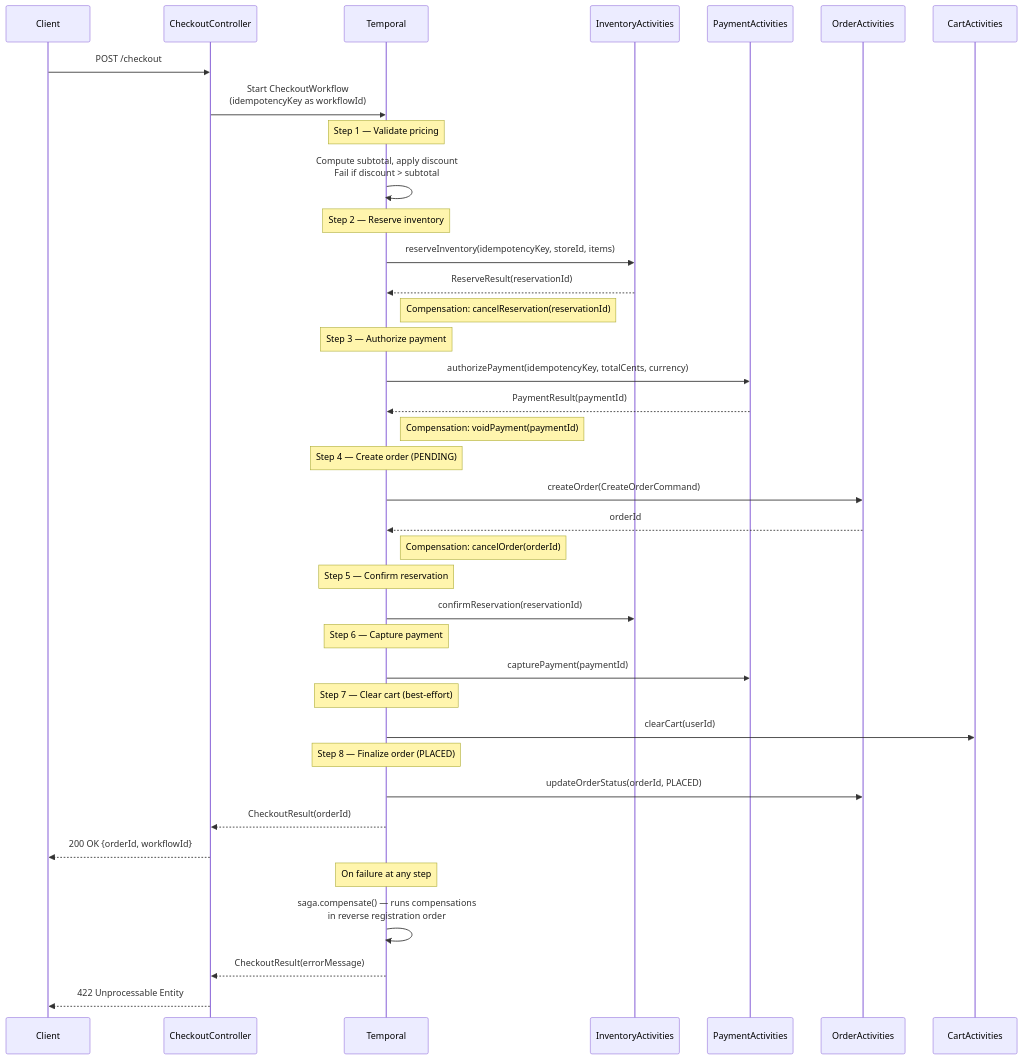
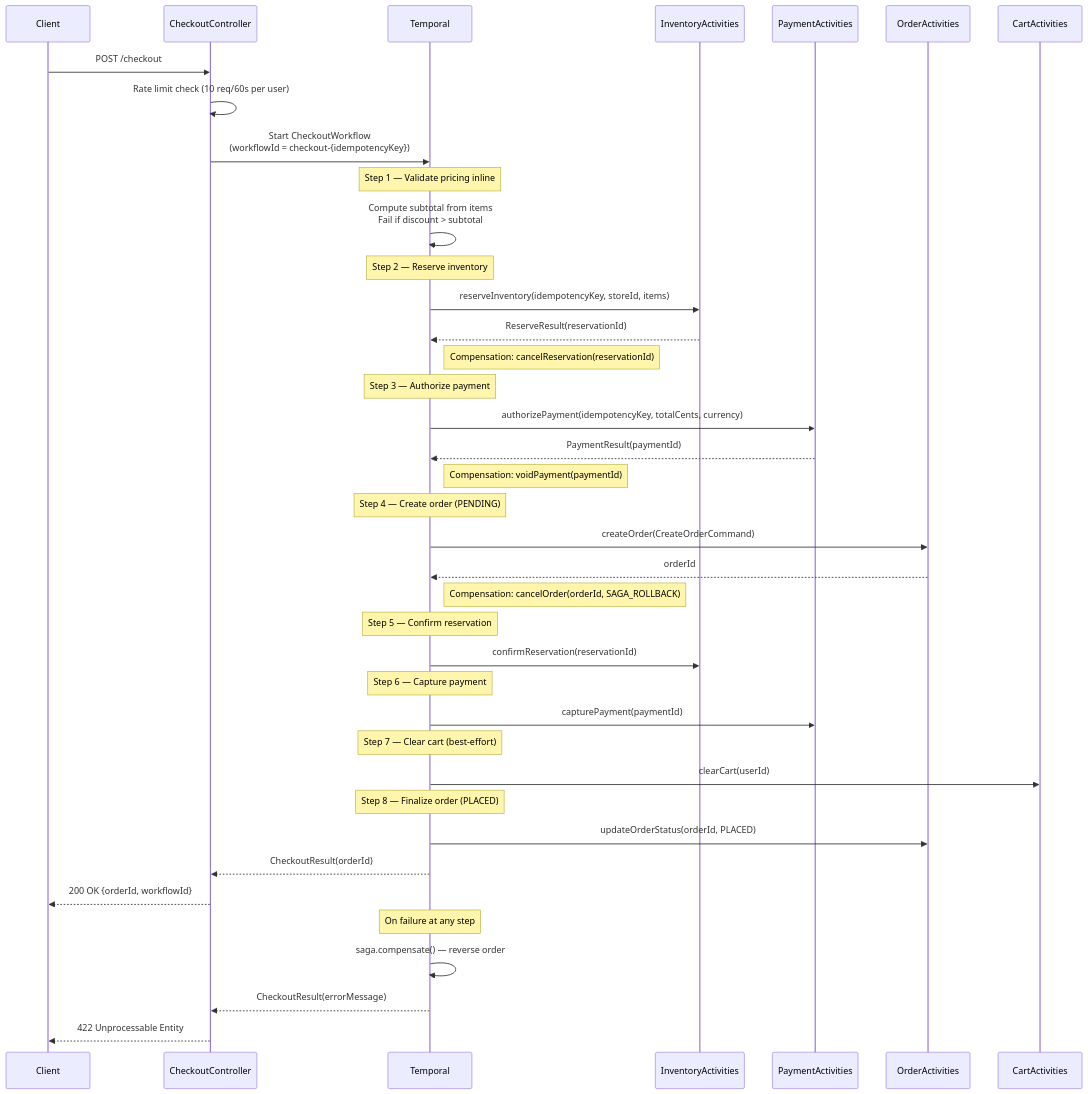
The fifth of 8 diagrams in services/order-service/README.md (sunitakeazycommerz-a11y/InstaCommerce), drawn with Mermaid before and after one commit. The commit also changed other lines of this file and 554 other files, not shown here.

````diff
--- a/services/order-service/README.md
+++ b/services/order-service/README.md
@@ -64,51 +362,52 @@
 ```mermaid
 sequenceDiagram
     participant Client
     participant CheckoutController
     participant Temporal
     participant InventoryActivities
     participant PaymentActivities
     participant OrderActivities
     participant CartActivities
 
     Client->>CheckoutController: POST /checkout
-    CheckoutController->>Temporal: Start CheckoutWorkflow<br/>(idempotencyKey as workflowId)
+    CheckoutController->>CheckoutController: Rate limit check (10 req/60s per user)
+    CheckoutController->>Temporal: Start CheckoutWorkflow<br/>(workflowId = checkout-{idempotencyKey})
 
-    Note over Temporal: Step 1 — Validate pricing
-    Temporal->>Temporal: Compute subtotal, apply discount<br/>Fail if discount > subtotal
+    Note over Temporal: Step 1 — Validate pricing inline
+    Temporal->>Temporal: Compute subtotal from items<br/>Fail if discount > subtotal
 
     Note over Temporal: Step 2 — Reserve inventory
     Temporal->>InventoryActivities: reserveInventory(idempotencyKey, storeId, items)
     InventoryActivities-->>Temporal: ReserveResult(reservationId)
     Note right of Temporal: Compensation: cancelReservation(reservationId)
 
     Note over Temporal: Step 3 — Authorize payment
     Temporal->>PaymentActivities: authorizePayment(idempotencyKey, totalCents, currency)
     PaymentActivities-->>Temporal: PaymentResult(paymentId)
     Note right of Temporal: Compensation: voidPayment(paymentId)
 
     Note over Temporal: Step 4 — Create order (PENDING)
     Temporal->>OrderActivities: createOrder(CreateOrderCommand)
     OrderActivities-->>Temporal: orderId
-    Note right of Temporal: Compensation: cancelOrder(orderId)
+    Note right of Temporal: Compensation: cancelOrder(orderId, SAGA_ROLLBACK)
 
     Note over Temporal: Step 5 — Confirm reservation
     Temporal->>InventoryActivities: confirmReservation(reservationId)
 
     Note over Temporal: Step 6 — Capture payment
     Temporal->>PaymentActivities: capturePayment(paymentId)
 
     Note over Temporal: Step 7 — Clear cart (best-effort)
     Temporal->>CartActivities: clearCart(userId)
 
     Note over Temporal: Step 8 — Finalize order (PLACED)
     Temporal->>OrderActivities: updateOrderStatus(orderId, PLACED)
 
     Temporal-->>CheckoutController: CheckoutResult(orderId)
     CheckoutController-->>Client: 200 OK {orderId, workflowId}
 
     Note over Temporal: On failure at any step
-    Temporal->>Temporal: saga.compensate() — runs compensations<br/>in reverse registration order
+    Temporal->>Temporal: saga.compensate() — reverse order
     Temporal-->>CheckoutController: CheckoutResult(errorMessage)
     CheckoutController-->>Client: 422 Unprocessable Entity
 ```
````
